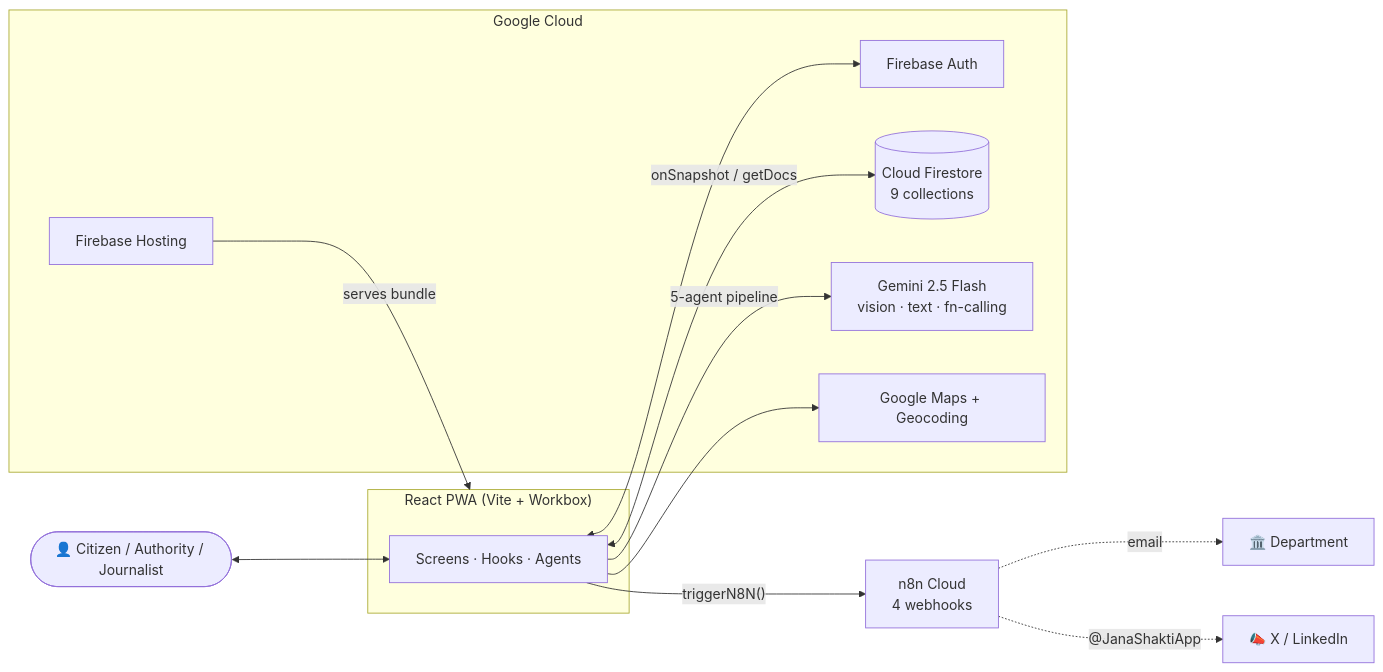
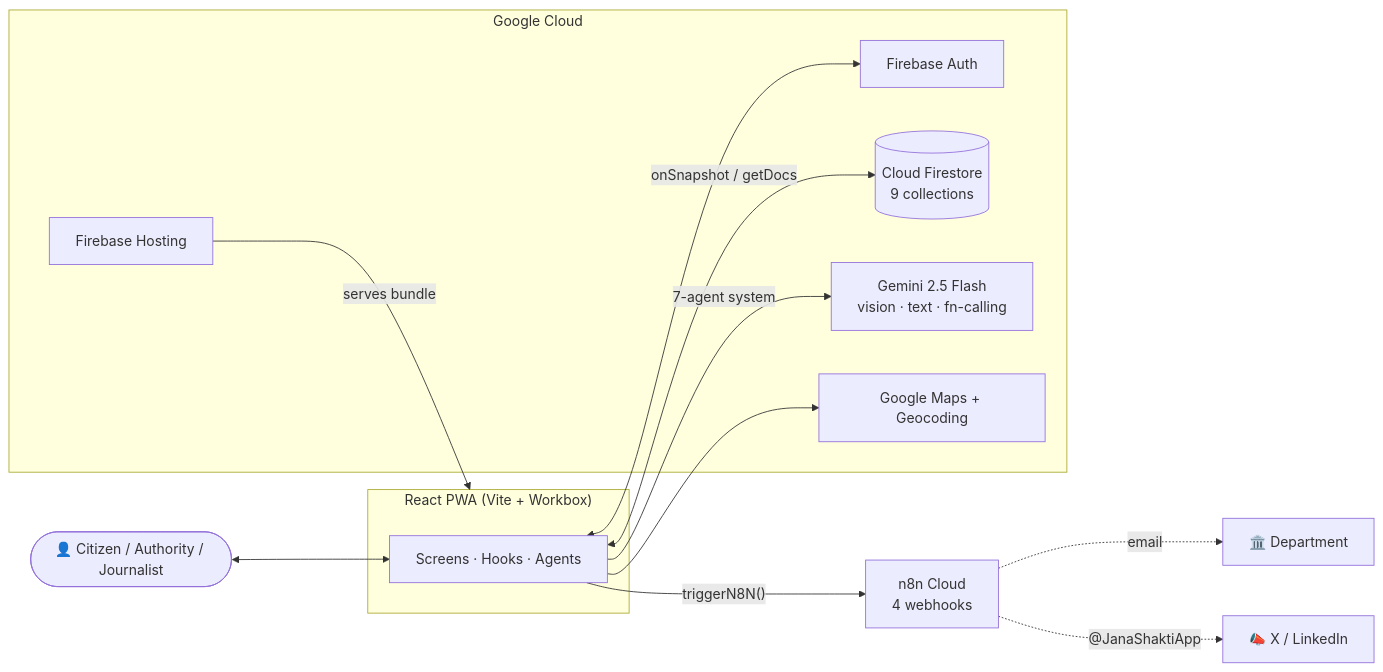
The second of 2 diagrams in docs/SUBMISSION.md (siddhesh8k/janashakti), drawn with Mermaid before and after one commit. The commit also changed other lines of this file and 26 other files, not shown here.

````diff
--- a/docs/SUBMISSION.md
+++ b/docs/SUBMISSION.md
@@ -204,25 +205,25 @@
 ```mermaid
 flowchart LR
     User(["👤 Citizen / Authority / Journalist"])
     subgraph PWA["React PWA (Vite + Workbox)"]
         UI["Screens · Hooks · Agents"]
     end
     subgraph Google["Google Cloud"]
         Auth["Firebase Auth"]
         FS[("Cloud Firestore<br/>9 collections")]
         Host["Firebase Hosting"]
         Gem["Gemini 2.5 Flash<br/>vision · text · fn-calling"]
         Maps["Google Maps + Geocoding"]
     end
     N8N["n8n Cloud<br/>4 webhooks"]
 
     User <--> UI
     UI <--> Auth
     UI <-->|onSnapshot / getDocs| FS
-    UI -->|"5-agent pipeline"| Gem
+    UI -->|"7-agent system"| Gem
     UI --> Maps
     UI -->|"triggerN8N()"| N8N
     Host -->|serves bundle| PWA
     N8N -.->|"email"| Dept["🏛️ Department"]
     N8N -.->|"@JanaShaktiApp"| Social["📣 X / LinkedIn"]
 ```
````
